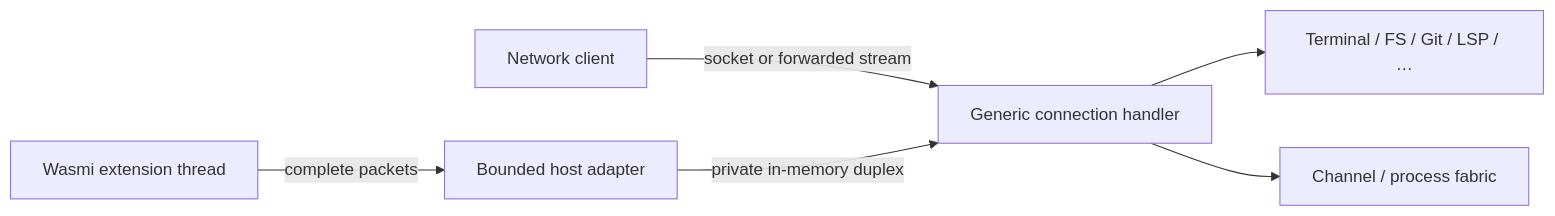
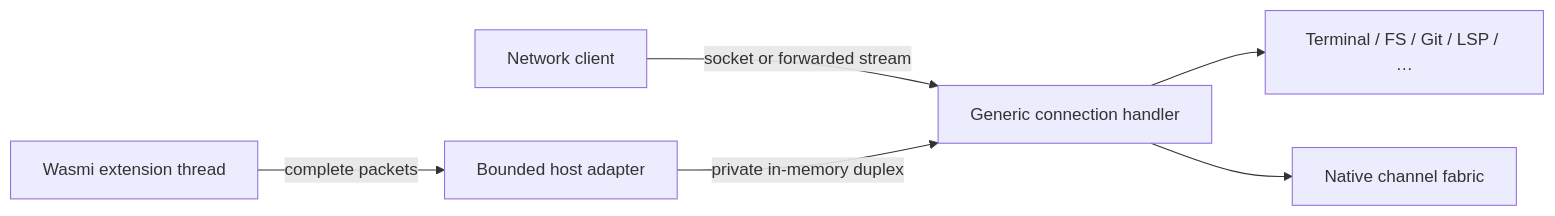
Before and after one commit to indent-com/blit: the first of 2 diagrams in docs/design/extensions.md, drawn with Mermaid. The commit also changed other lines of this file and 4 other files, not shown here.

````diff
--- a/docs/design/extensions.md
+++ b/docs/design/extensions.md
@@ -240,8 +233,8 @@
 ```mermaid
 flowchart LR
     Network["Network client"] -->|socket or forwarded stream| Handler["Generic connection handler"]
     Extension["Wasmi extension thread"] -->|complete packets| Adapter["Bounded host adapter"]
     Adapter -->|private in-memory duplex| Handler
     Handler --> Existing["Terminal / FS / Git / LSP / …"]
-    Handler --> Fabric["Channel / process fabric"]
+    Handler --> Fabric["Native channel fabric"]
 ```
````
